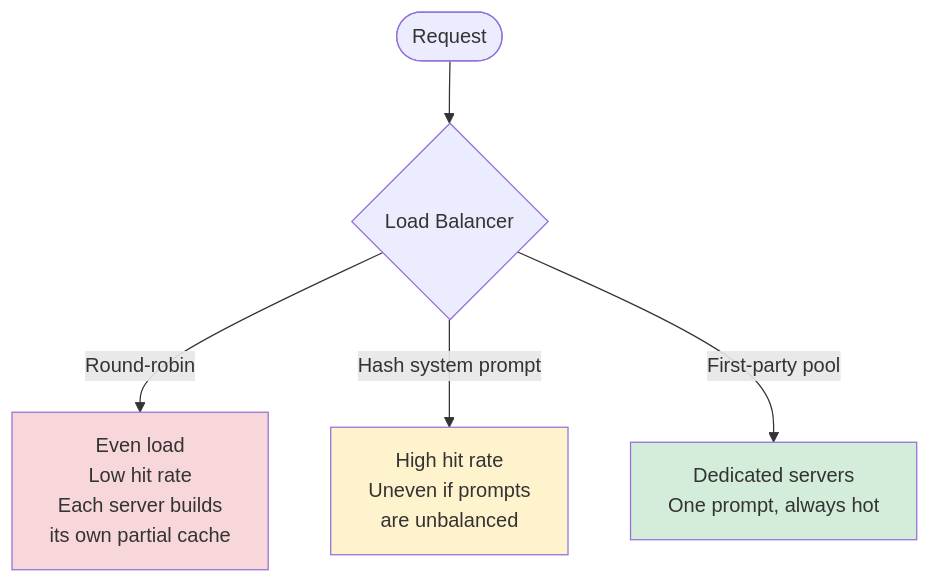
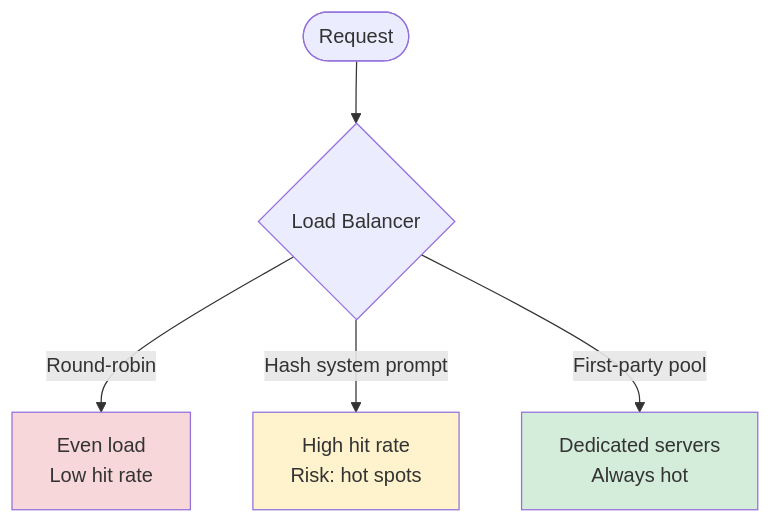
One commit to JonCooperWorks/rLLM changed the seventh of 13 diagrams in docs/production-considerations.md. Above: the diagram before and after it, drawn with Mermaid. The commit also changed other lines of this file and 11 other files, not shown here.

````diff
--- a/docs/production-considerations.md
+++ b/docs/production-considerations.md
@@ -254,12 +219,12 @@
 ```mermaid
 graph TD
     Req([Request]) --> LB{Load Balancer}
 
-    LB -->|Round-robin| RR["Even load<br/>Low hit rate<br/>Each server builds<br/>its own partial cache"]
-    LB -->|Hash system prompt| HP["High hit rate<br/>Uneven if prompts<br/>are unbalanced"]
-    LB -->|First-party pool| FP["Dedicated servers<br/>One prompt, always hot"]
+    LB -->|Round-robin| RR["Even load<br/>Low hit rate"]
+    LB -->|Hash system prompt| HP["High hit rate<br/>Risk: hot spots"]
+    LB -->|First-party pool| FP["Dedicated servers<br/>Always hot"]
 
     style FP fill:#d4edda
     style HP fill:#fff3cd
     style RR fill:#f8d7da
 ```
````
